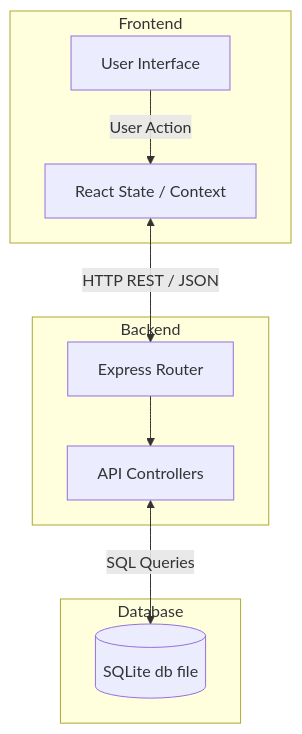
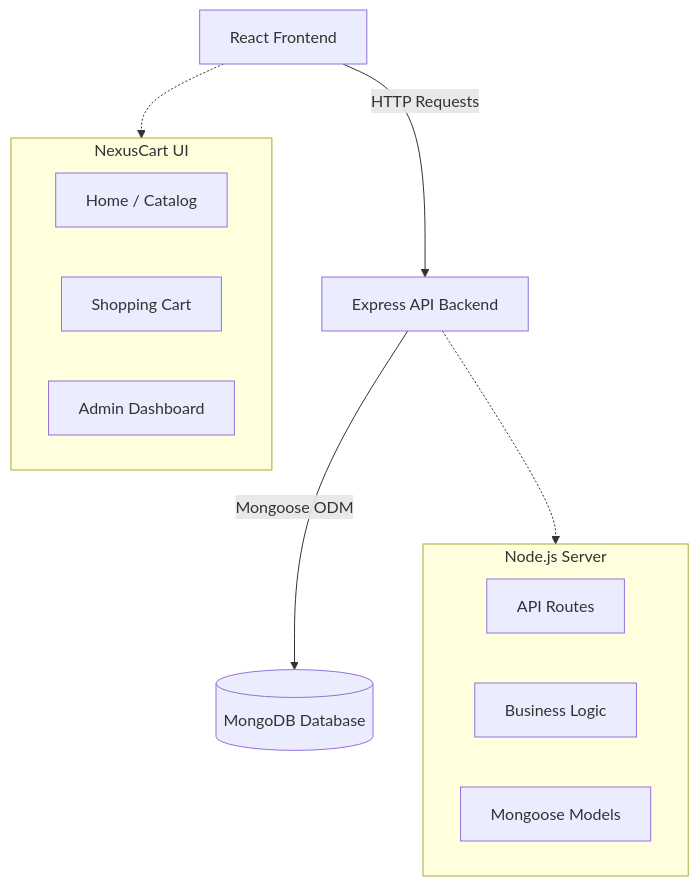
Before and after one commit to Kushal-prime/DBMS-PROJECT: the first of 2 diagrams in README.md, drawn with Mermaid. The commit also changed other lines of this file and 13 other files, not shown here.

Commit message:
Migrated from SQLite to MERN stack (MongoDB) and overhauled UI/UX to NexusCart

````diff
--- a/README.md
+++ b/README.md
@@ -32,21 +19,20 @@
 ```mermaid
 graph TD
-    subgraph Frontend
-        UI[User Interface]
-        State[React State / Context]
+    Client[React Frontend] -->|HTTP Requests| API[Express API Backend]
+    API -->|Mongoose ODM| DB[(MongoDB Database)]
+    
+    subgraph Frontend [NexusCart UI]
+        Home[Home / Catalog]
+        Cart[Shopping Cart]
+        Admin[Admin Dashboard]
     end
-
-    subgraph Backend
-        Router[Express Router]
-        Controllers[API Controllers]
+    
+    subgraph Backend [Node.js Server]
+        Routes[API Routes]
+        Controllers[Business Logic]
+        Models[Mongoose Models]
     end
-
-    subgraph Database
-        SQL[(SQLite db file)]
-    end
-
-    UI -->|User Action| State
-    State <-->|HTTP REST / JSON| Router
-    Router --> Controllers
-    Controllers <-->|SQL Queries| SQL
+    
+    Client -.-> Frontend
+    API -.-> Backend
 ```
````
